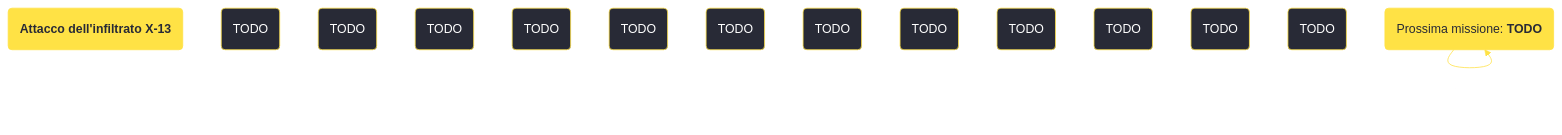
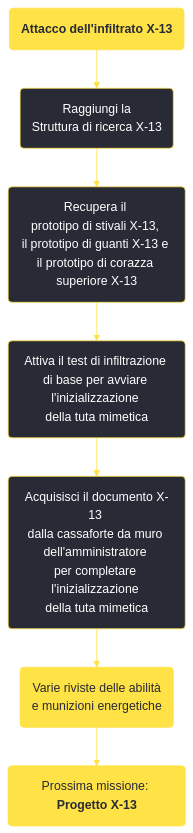
The diagram in content/voci/fallout new vegas/missioni/Attacco dell'infiltrato X-13.md (persy/wastelander), drawn with Mermaid before and after one commit. The commit also changed 174 other files, not shown here.

````diff
--- a/content/voci/fallout new vegas/missioni/Attacco dell'infiltrato X-13.md
+++ b/content/voci/fallout new vegas/missioni/Attacco dell'infiltrato X-13.md
@@ -32,24 +32,17 @@
 ```mermaid
 %%{init: {'theme': 'base', 'themeVariables': { 'primaryColor': '#282a36', 'primaryBorderColor': '#ffe245', 'primaryTextColor': '#fff', 'lineColor': '#ffe245', 'fontFamily': 'Jura'}}}%%
 graph TD;
     id1(<b>Attacco dell'infiltrato X-13</b>):::questfnv
-    id2(TODO)
-    id3(TODO)
-    id4(TODO)
-    id5(TODO)
-    id6(TODO)
-    id7(TODO) 
-    id8(TODO)
-    id9(TODO)
-    id10(TODO)
-    id11(TODO)
-    id12(TODO)
-    id13(TODO) 
-    id(TODO):::rewardfnv
-    id(Prossima missione: <b>TODO</b>):::questfnv
-    id-->id-->id-->id-->id-->id-->id
+    id2(Raggiungi la <br />Struttura di ricerca X-13)
+    id3(Recupera il <br />prototipo di stivali X-13, <br />il prototipo di guanti X-13 e <br />il prototipo di corazza superiore X-13)
+    id4(Attiva il test di infiltrazione <br />di base per avviare l'inizializzazione <br />della tuta mimetica)
+    id5(Acquisisci il documento X-13 <br />dalla cassaforte da muro dell'amministratore <br />per completare l'inizializzazione <br />della tuta mimetica)
+    id6(Varie riviste delle abilità<br /> e munizioni energetiche):::rewardfnv
+    id7(Prossima missione: <b>Progetto X-13</b>):::questfnv
     
-    click id "../TODO"
+    id1-->id2-->id3-->id4-->id5-->id6-->id7
+    
+    click id "../progetto-x-13"
     classDef rewardfnv fill:#ffe245, stroke:#ffe245, color:#282a36;
     classDef questfnv fill:#ffe245, stroke:#ffe245, color:#282a36;
 ```
````
